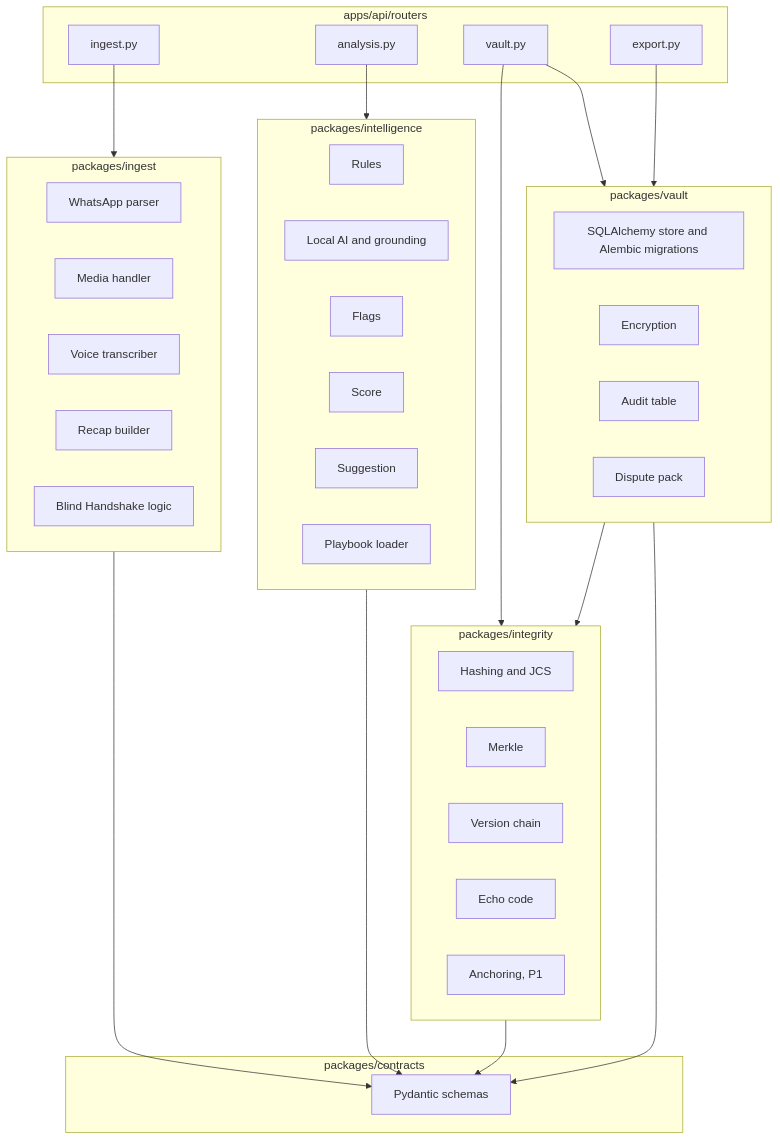
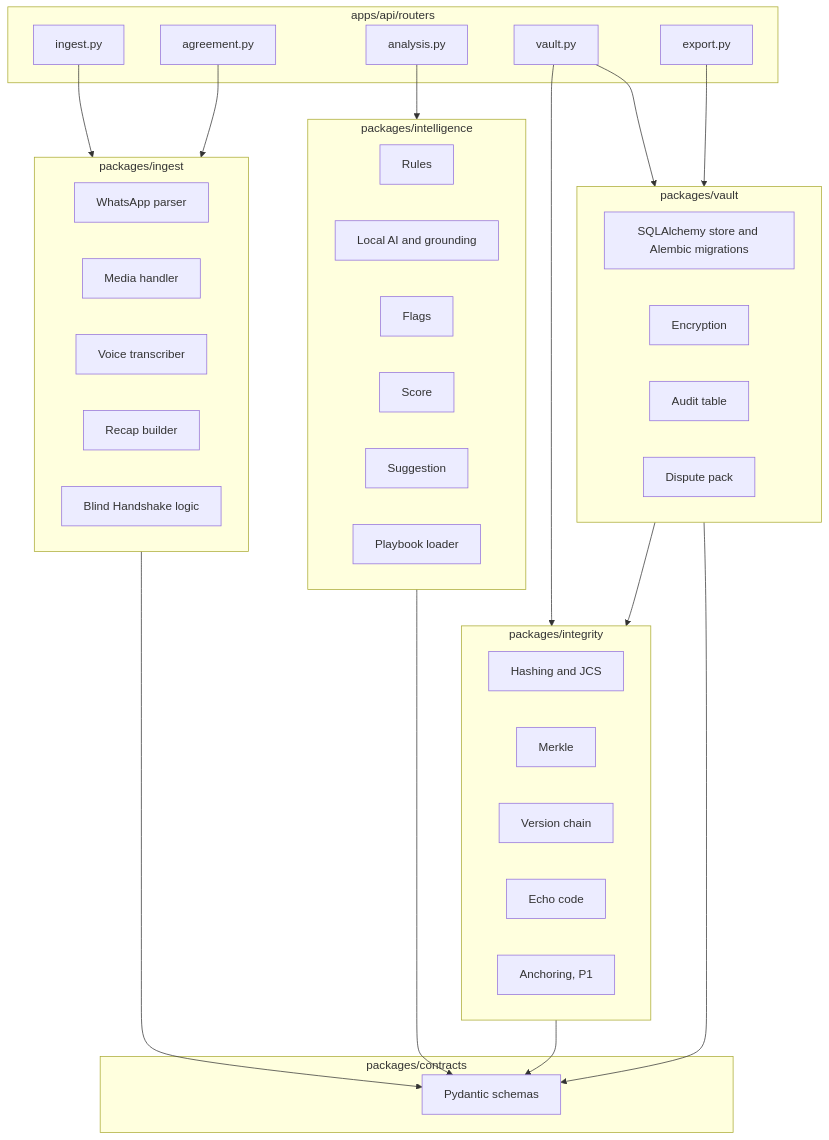
One commit to HARDIKSINGH150206/Veridoc changed the third of 7 diagrams in docs/ARCHITECTURE.md. Above: the diagram before and after it, drawn with Mermaid. The commit also changed other lines of this file and 7 other files, not shown here.

````diff
--- a/docs/ARCHITECTURE.md
+++ b/docs/ARCHITECTURE.md
@@ -74,50 +74,52 @@
 ```mermaid
 flowchart TB
   subgraph Routers["apps/api/routers"]
     R1["ingest.py"]
+    R1B["agreement.py"]
     R2["analysis.py"]
     R3["vault.py"]
     R4["export.py"]
   end
   subgraph Contracts["packages/contracts"]
     CT["Pydantic schemas"]
   end
   subgraph Ingest["packages/ingest"]
     P["WhatsApp parser"]
     M["Media handler"]
     V["Voice transcriber"]
     RC["Recap builder"]
     HS["Blind Handshake logic"]
   end
   subgraph Intel["packages/intelligence"]
     RU["Rules"]
     LM["Local AI and grounding"]
     FL["Flags"]
     SC["Score"]
     SG["Suggestion"]
     PB["Playbook loader"]
   end
   subgraph Integ["packages/integrity"]
     HA["Hashing and JCS"]
     MK["Merkle"]
     VC["Version chain"]
     EC["Echo code"]
     AN["Anchoring, P1"]
   end
   subgraph Vault["packages/vault"]
     ST["SQLAlchemy store and Alembic migrations"]
     EN["Encryption"]
     AU["Audit table"]
     DP["Dispute pack"]
   end
   R1 --> Ingest
+  R1B --> Ingest
   R2 --> Intel
   R3 --> Integ
   R3 --> Vault
   R4 --> Vault
   Ingest --> CT
   Intel --> CT
   Integ --> CT
   Vault --> CT
   Vault --> Integ
 ```
````
